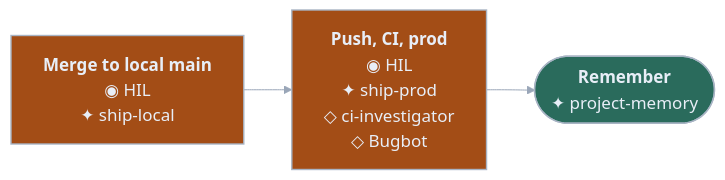
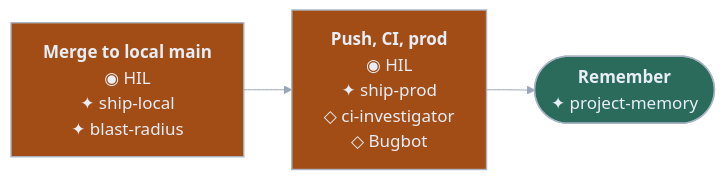
The third of 14 diagrams in README.md (RaphaelBecker/cursor-harness), drawn with Mermaid before and after one commit. The commit also changed other lines of this file and 55 other files, not shown here.

````diff
--- a/README.md
+++ b/README.md
@@ -118,12 +118,12 @@
 ```mermaid
 %%{init: {"theme":"base","themeVariables":{"darkMode":true,"fontFamily":"ui-sans-serif, system-ui, -apple-system, Segoe UI, sans-serif","fontSize":"17px","background":"#2B313C","lineColor":"#9AA6B8","textColor":"#9AA6B8","primaryTextColor":"#E8EEF7","edgeLabelBackground":"#2B313C"},"flowchart":{"curve":"basis","htmlLabels":true,"nodeSpacing":35,"rankSpacing":48,"padding":16,"useMaxWidth":true}}}%%
 flowchart LR
-  s1["<b>Merge to local main</b><br/>◉ HIL<br/>✦ ship-local"]
+  s1["<b>Merge to local main</b><br/>◉ HIL<br/>✦ ship-local<br/>✦ blast-radius"]
   s2["<b>Push, CI, prod</b><br/>◉ HIL<br/>✦ ship-prod<br/>◇ ci-investigator<br/>◇ Bugbot"]
   s3(["<b>Remember</b><br/>✦ project-memory"])
   s1 --> s2 --> s3
   classDef hil fill:#A34D16,stroke:#A8B4C4,stroke-width:1.4px,color:#E8EEF7
   classDef done fill:#2A6B5C,stroke:#A8B4C4,stroke-width:1.4px,color:#E8EEF7
   class s1,s2 hil
   class s3 done
 ```
````
